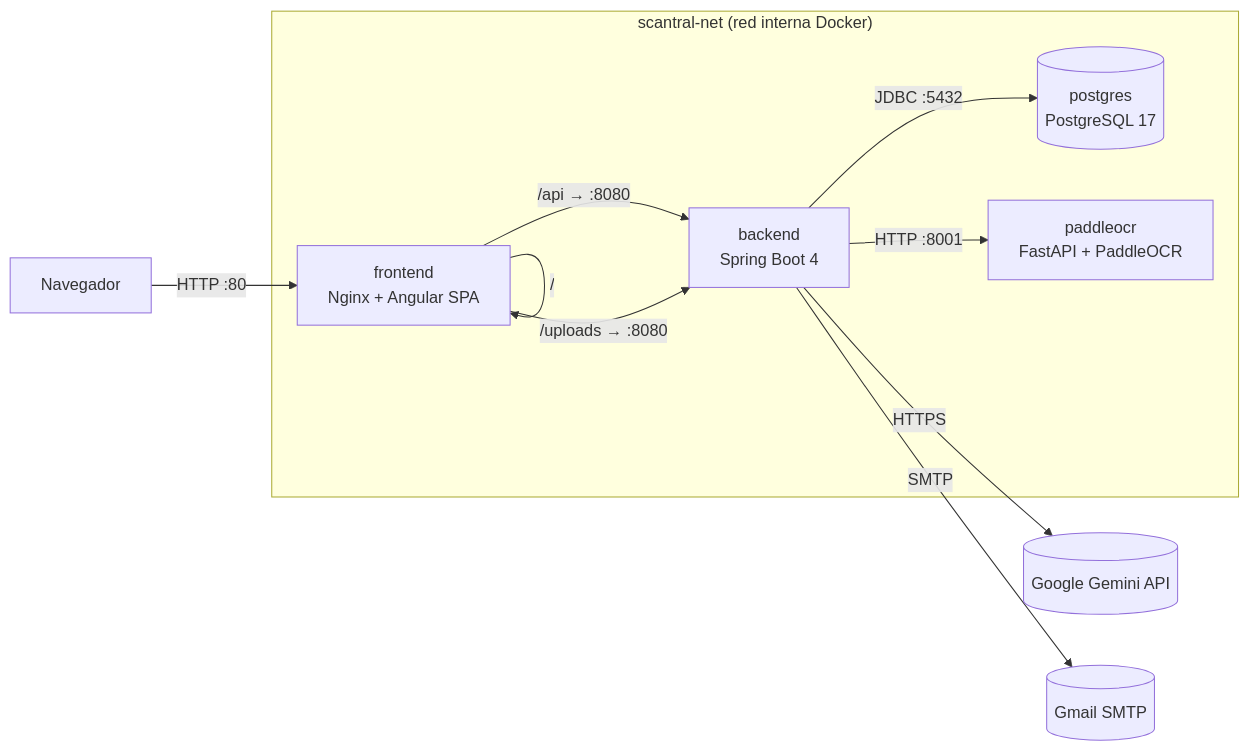
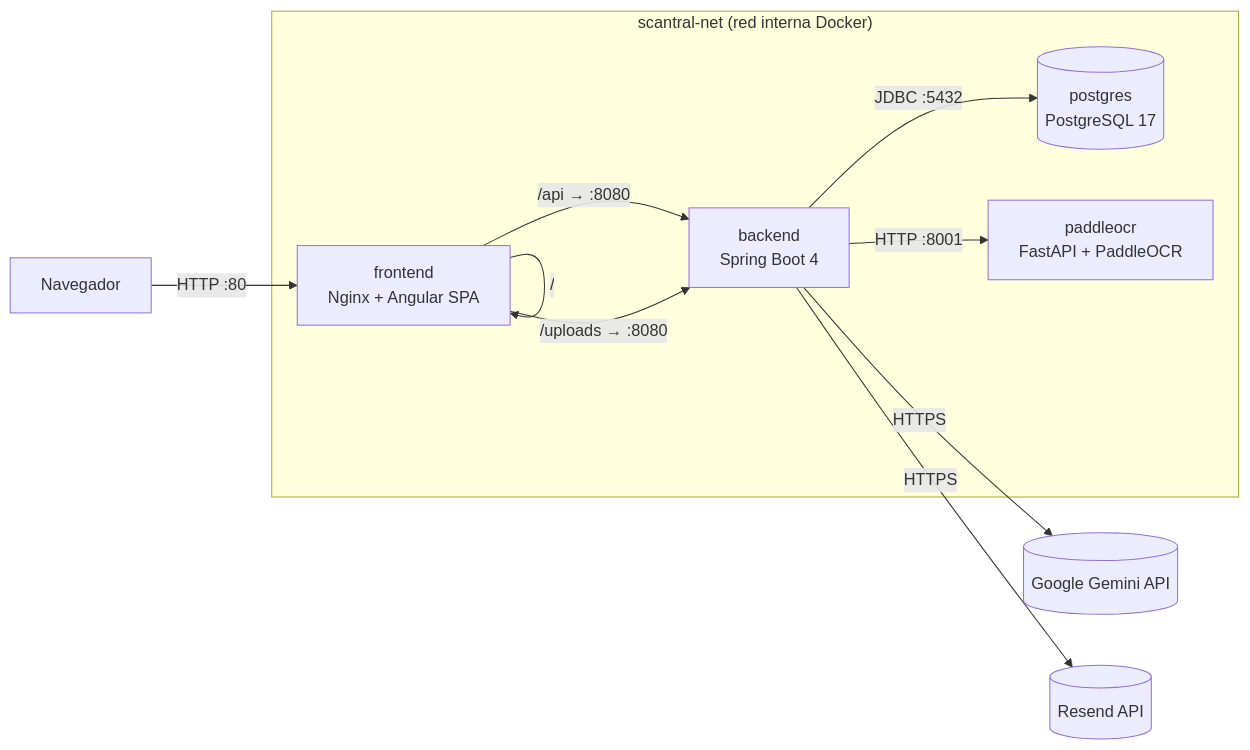
Before and after one commit to nolocardeno/Proyecto-Final: the diagram in docs/08-despliegue-eval.md, drawn with Mermaid. The commit also changed 12 other files, not shown here.

````diff
--- a/docs/08-despliegue-eval.md
+++ b/docs/08-despliegue-eval.md
@@ -204,18 +204,18 @@
 ```mermaid
 flowchart LR
     Browser["Navegador"] -->|HTTP :80| FE["frontend<br/>Nginx + Angular SPA"]
     FE -->|/| FE
     FE -->|"/api → :8080"| BE["backend<br/>Spring Boot 4"]
     FE -->|"/uploads → :8080"| BE
     BE -->|JDBC :5432| DB[("postgres<br/>PostgreSQL 17")]
     BE -->|HTTP :8001| OCR["paddleocr<br/>FastAPI + PaddleOCR"]
     BE -->|HTTPS| Gemini[("Google Gemini API")]
-    BE -->|SMTP| Mail[("Gmail SMTP")]
+    BE -->|HTTPS| Mail[("Resend API")]
 
     subgraph "scantral-net (red interna Docker)"
         FE
         BE
         DB
         OCR
     end
 ```
````
